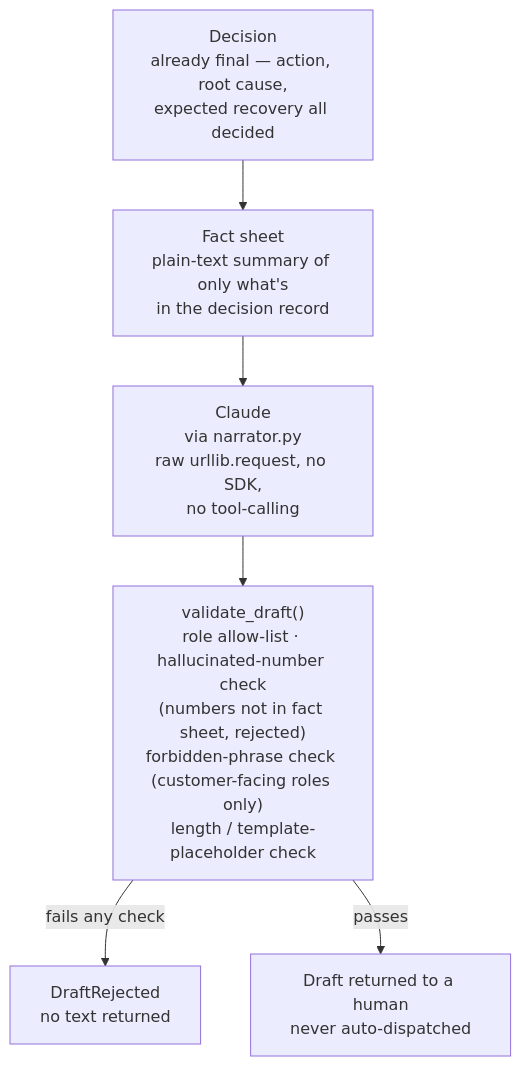
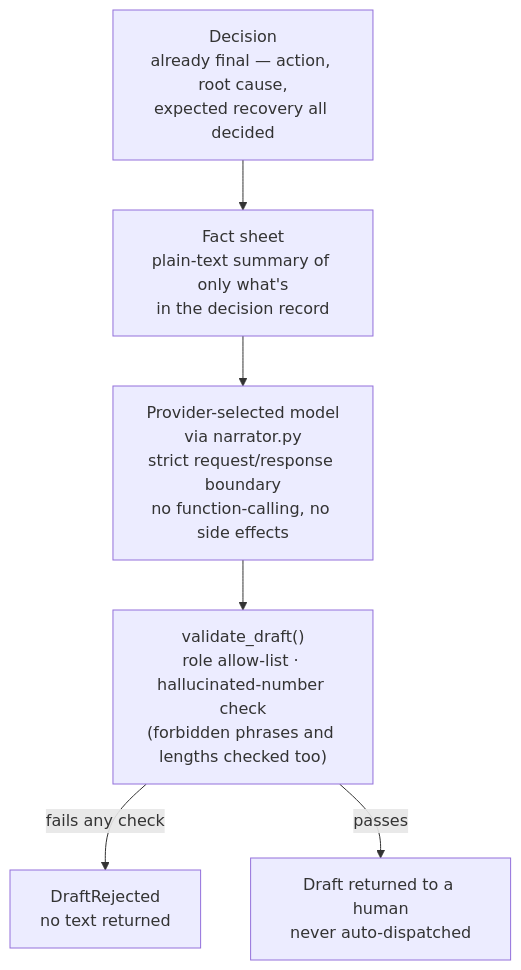
The fifth of 5 diagrams in README.md (vishalsk17/Recon), drawn with Mermaid before and after one commit. The commit also changed other lines of this file and 5 other files, not shown here.

First line of the commit message:
Enhance Narrator Module for Multi-Provider Support and Improve Health Endpoint

````diff
--- a/README.md
+++ b/README.md
@@ -185,8 +226,8 @@
 ```mermaid
 flowchart TD
     DEC["Decision\nalready final — action, root cause,\nexpected recovery all decided"] --> FACT["Fact sheet\nplain-text summary of only what's\nin the decision record"]
-    FACT --> LLM["Claude\nvia narrator.py\nraw urllib.request, no SDK,\nno tool-calling"]
-    LLM --> VAL["validate_draft()\nrole allow-list · hallucinated-number check\n(numbers not in fact sheet, rejected)\nforbidden-phrase check (customer-facing roles only)\nlength / template-placeholder check"]
+    FACT --> LLM["Provider-selected model\nvia narrator.py\nstrict request/response boundary\nno function-calling, no side effects"]
+    LLM --> VAL["validate_draft()\nrole allow-list · hallucinated-number check\n(forbidden phrases and lengths checked too)"]
     VAL -->|fails any check| REJECT["DraftRejected\nno text returned"]
     VAL -->|passes| DRAFT["Draft returned to a human\nnever auto-dispatched"]
 ```
````
